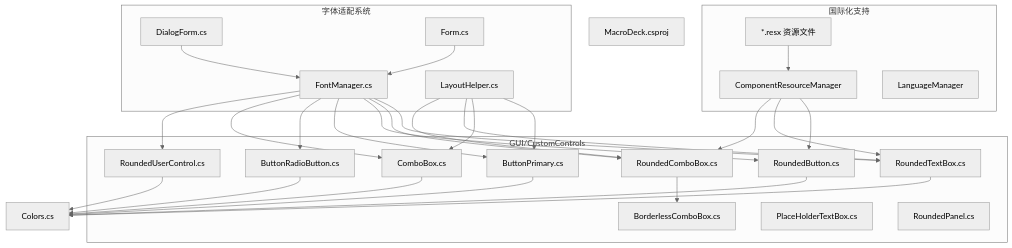
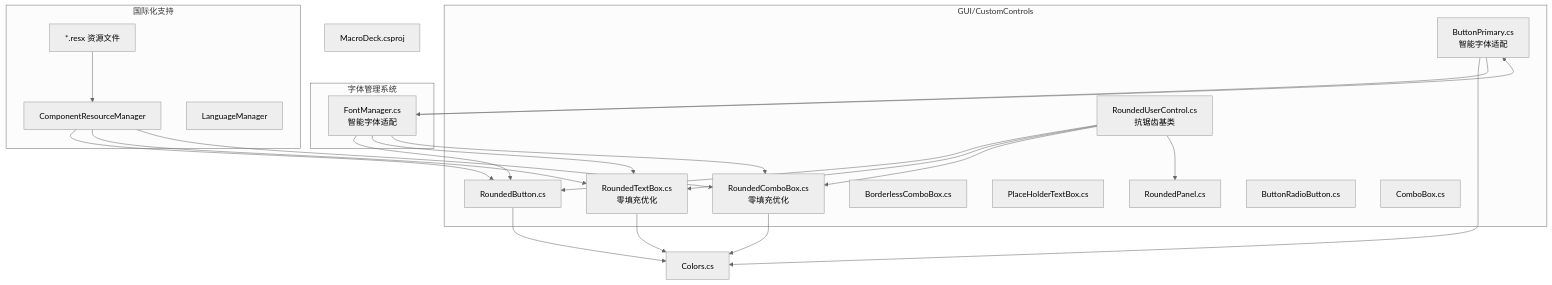
One commit to tea4go/Macro-Deck changed the first of 12 diagrams in .qoder/repowiki/zh/content/图形用户界面/自定义控件/自定义控件.md. Above: the diagram before and after it, drawn with Mermaid (neutral theme). The commit also changed other lines of this file and 63 other files, not shown here.

````diff
--- a/.qoder/repowiki/zh/content/图形用户界面/自定义控件/自定义控件.md
+++ b/.qoder/repowiki/zh/content/图形用户界面/自定义控件/自定义控件.md
@@ -55,52 +65,42 @@
 ```mermaid
 graph TB
 subgraph "GUI/CustomControls"
+RUC["RoundedUserControl.cs<br/>抗锯齿基类"]
 RB["RoundedButton.cs"]
-RTB["RoundedTextBox.cs"]
-RCB["RoundedComboBox.cs"]
+RTB["RoundedTextBox.cs<br/>零填充优化"]
+RCB["RoundedComboBox.cs<br/>零填充优化"]
 BLCB["BorderlessComboBox.cs"]
 PTB["PlaceHolderTextBox.cs"]
 RP["RoundedPanel.cs"]
-BP["ButtonPrimary.cs"]
+BP["ButtonPrimary.cs<br/>智能字体适配"]
 BRB["ButtonRadioButton.cs"]
 CB["ComboBox.cs"]
-RUC["RoundedUserControl.cs"]
 end
-subgraph "字体适配系统"
-FM["FontManager.cs"]
-LH["LayoutHelper.cs"]
-DF["DialogForm.cs"]
-UF["Form.cs"]
+subgraph "字体管理系统"
+FM["FontManager.cs<br/>智能字体适配"]
 end
 subgraph "国际化支持"
 RES["*.resx 资源文件"]
 CRM["ComponentResourceManager"]
 LM["LanguageManager"]
 end
 Colors["Colors.cs"]
 Proj["MacroDeck.csproj"]
-RCB --> BLCB
+RUC --> RB
+RUC --> RTB
+RUC --> RCB
+RUC --> RP
+RB --> Colors
 RTB --> Colors
-RB --> Colors
+RCB --> Colors
 BP --> Colors
-BRB --> Colors
-CB --> Colors
-RUC --> Colors
+BP --> FM
+FM --> RB
 FM --> RTB
 FM --> RCB
-FM --> RB
 FM --> BP
-FM --> BRB
-FM --> CB
-FM --> RUC
-LH --> BP
-LH --> CB
-LH --> RTB
-LH --> RCB
-DF --> FM
-UF --> FM
 RES --> CRM
 CRM --> RB
 CRM --> RTB
 CRM --> RCB
 ```
````
